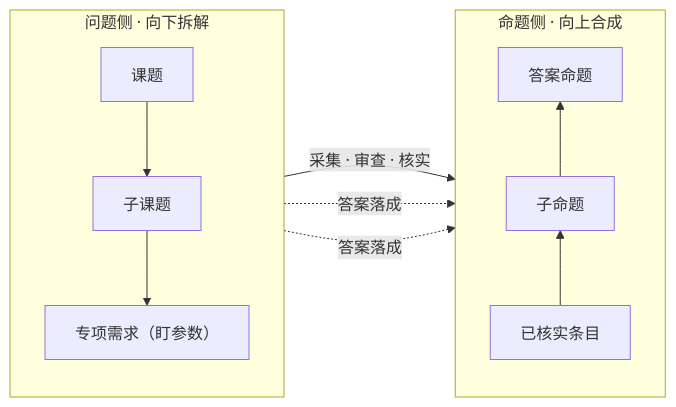
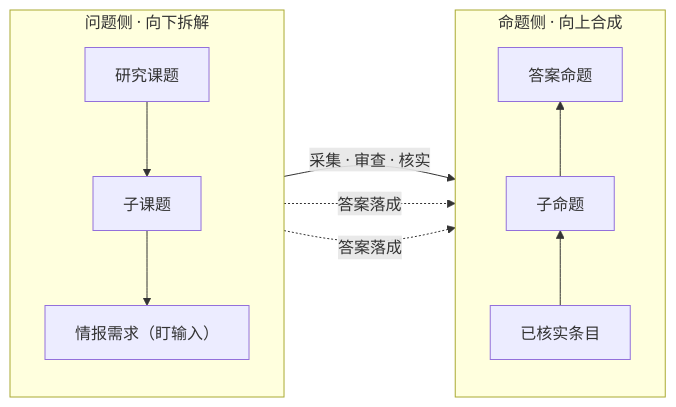
One commit to leoricmaster/iih changed the second of 7 diagrams in backlog/docs/doc-02 - 领域模型-Domain-Model.md. Above: the diagram before and after it, drawn with Mermaid. The commit also changed other lines of this file and 6 other files, not shown here.

Commit message:
术语收敛与术语表面向人类重写：需求类型退役（限时=生效窗口、催生=随结题关）；「盯参数」改「盯输入」；「一等对象」行话清除；消费方边界入表（智能体读情报属生产环节）；走查改框架（合资传闻=世界递来的断言，判断题不入研究课题）；推理记录补输入值快照（取判定时点）；术语表新增示例列、表下注改带标题条目；课题改名研究课题并七文档同步

````diff
--- a/backlog/docs/doc-02 - 领域模型-Domain-Model.md
+++ b/backlog/docs/doc-02 - 领域模型-Domain-Model.md
@@ -47,16 +47,16 @@
 ```mermaid
 flowchart LR
     subgraph Q[问题侧 · 向下拆解]
         direction TB
-        T[课题] --> ST[子课题]
-        ST --> IR[专项需求（盯参数）]
+        T[研究课题] --> ST[子课题]
+        ST --> IR[情报需求（盯输入）]
     end
     subgraph P[命题侧 · 向上合成]
         direction BT
         I[已核实条目] --> SC[子命题]
         SC --> PC[答案命题]
     end
     IR -->|采集 · 审查 · 核实| I
     ST -.答案落成.-> SC
     T -.答案落成.-> PC
 ```
````
